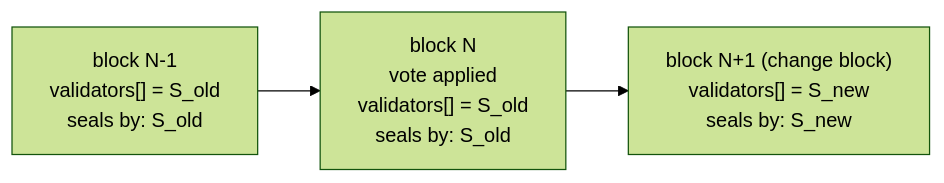
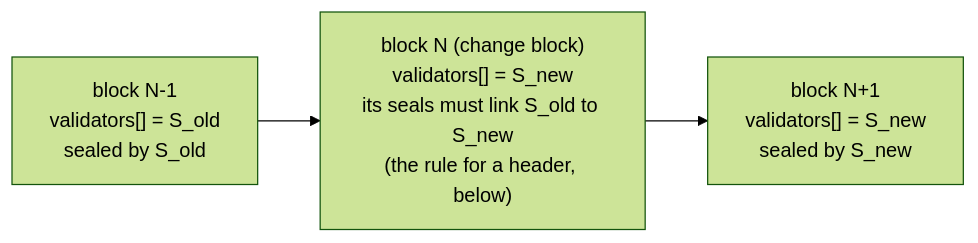
Before and after one commit to LFDT-CLPR/clpr-smart-contracts: the first of 12 diagrams in src/verifiers/evm/qbft/qbft-header-mode.md, drawn with Mermaid (forest theme). The commit also changed other lines of this file and 17 other files, not shown here.

````diff
--- a/src/verifiers/evm/qbft/qbft-header-mode.md
+++ b/src/verifiers/evm/qbft/qbft-header-mode.md
@@ -30,5 +35,5 @@
 ```mermaid
 flowchart LR
-  A["block N-1<br/>validators[] = S_old<br/>seals by: S_old"] --> B["block N<br/>vote applied<br/>validators[] = S_old<br/>seals by: S_old"]
-  B --> C["block N+1 (change block)<br/>validators[] = S_new<br/>seals by: S_new"]
+  A["block N-1<br/>validators[] = S_old<br/>sealed by S_old"] --> B["block N (change block)<br/>validators[] = S_new<br/>its seals must link S_old to S_new<br/>(the rule for a header, below)"]
+  B --> C["block N+1<br/>validators[] = S_new<br/>sealed by S_new"]
 ```
````
